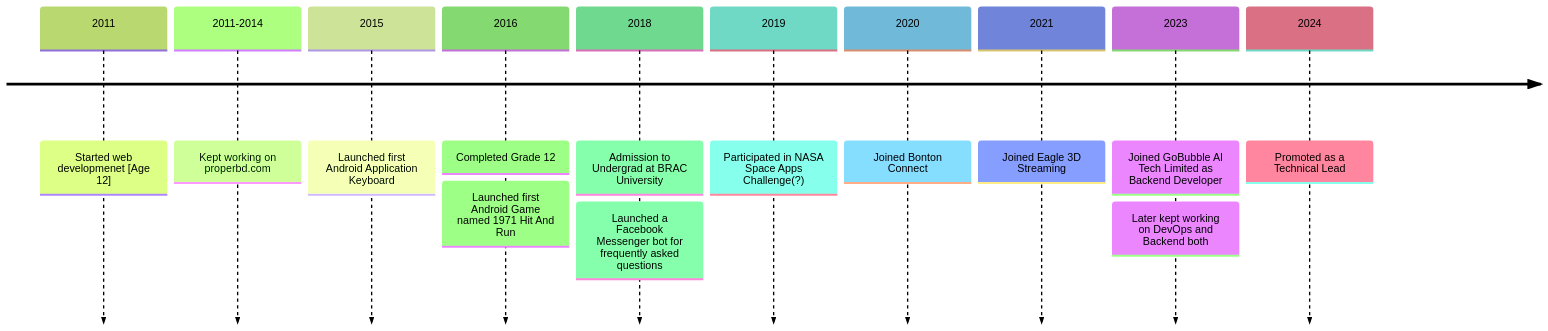
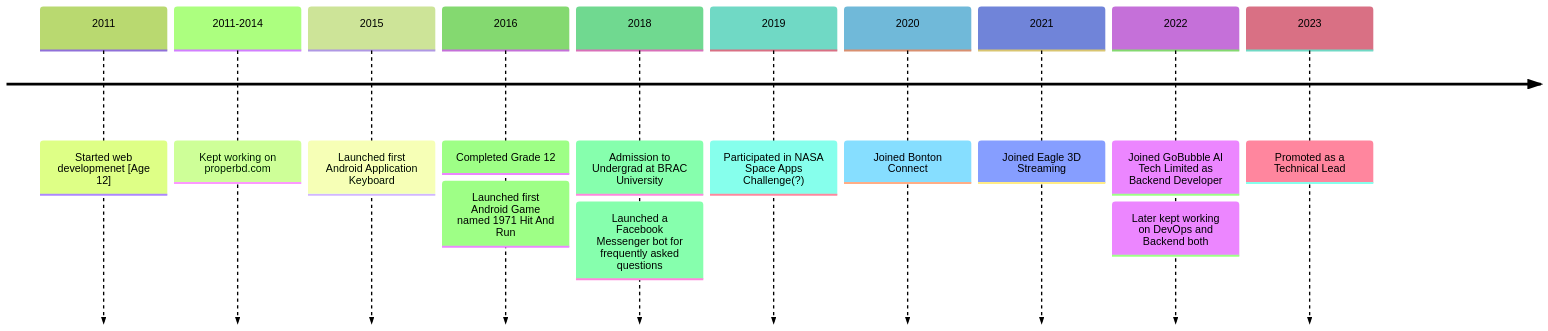
One commit to robinmollah/robinmollah changed the diagram in README.md. Above: the diagram before and after it, drawn with Mermaid.

````diff
--- a/README.md
+++ b/README.md
@@ -22,14 +22,14 @@
 ```mermaid
 %%{init: {'theme':'forest'}}%%
 timeline
   2011: Started web developmenet [Age 12]
   2011-2014: Kept working on properbd.com
   2015: Launched first Android Application Keyboard
   2016: Completed Grade 12 : Launched first Android Game named 1971 Hit And Run
   2018: Admission to Undergrad at BRAC University : Launched a Facebook Messenger bot for frequently asked questions
   2019: Participated in NASA Space Apps Challenge(?)
   2020: Joined Bonton Connect
   2021: Joined Eagle 3D Streaming
-  2023: Joined GoBubble AI Tech Limited as Backend Developer : Later kept working on DevOps and Backend both
-  2024: Promoted as a Technical Lead
+  2022: Joined GoBubble AI Tech Limited as Backend Developer : Later kept working on DevOps and Backend both
+  2023: Promoted as a Technical Lead
 ```
````
